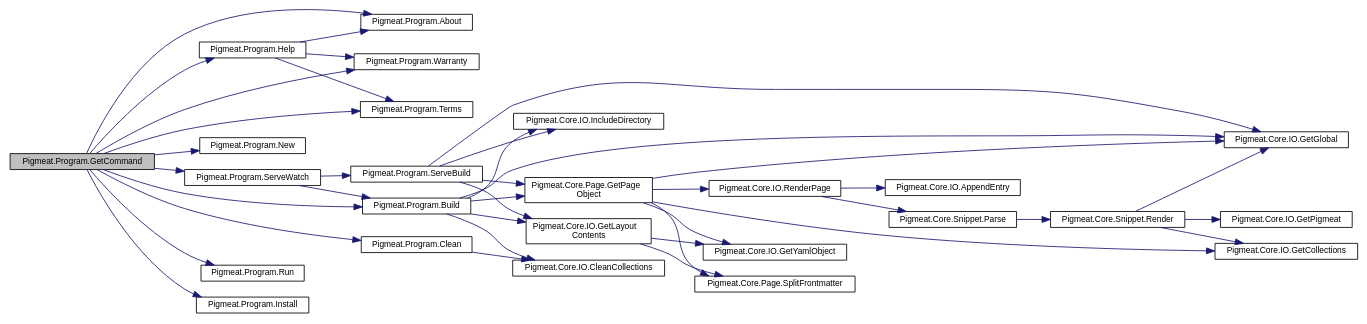
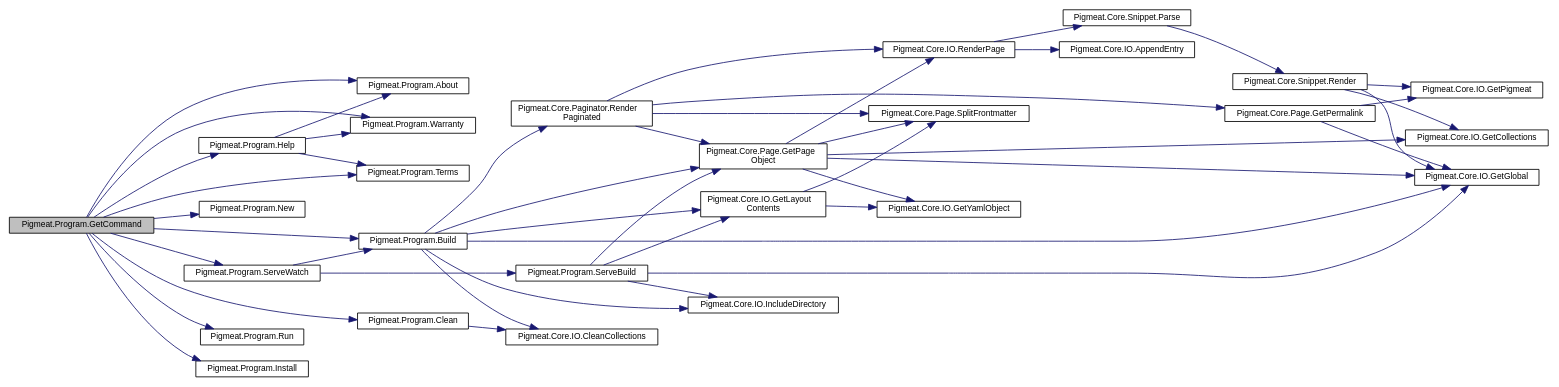
Before and after one commit to milovidov983/Pigmeat: the diagram in class_pigmeat_1_1_program_a813269f3c9466bddfa561c72eb56de4f_cgraph.dot, drawn with Graphviz. The commit also changed 144 other files, not shown here.

```diff
--- a/class_pigmeat_1_1_program_a813269f3c9466bddfa561c72eb56de4f_cgraph.dot
+++ b/class_pigmeat_1_1_program_a813269f3c9466bddfa561c72eb56de4f_cgraph.dot
@@ -3,67 +3,76 @@
   edge [fontname="Helvetica",fontsize="10",labelfontname="Helvetica",labelfontsize="10"];
   node [fontname="Helvetica",fontsize="10",shape=record];
   rankdir="LR";
-  Node28 [label="Pigmeat.Program.GetCommand",height=0.2,width=0.4,color="black", fillcolor="grey75", style="filled", fontcolor="black"];
-  Node28 -> Node29 [color="midnightblue",fontsize="10",style="solid",fontname="Helvetica"];
-  Node29 [label="Pigmeat.Program.Help",height=0.2,width=0.4,color="black", fillcolor="white", style="filled",URL="$class_pigmeat_1_1_program.html#a5ba96e069c0192950fa044954bca4647",tooltip="Show how to use the Pigmeat tool "];
-  Node29 -> Node30 [color="midnightblue",fontsize="10",style="solid",fontname="Helvetica"];
-  Node30 [label="Pigmeat.Program.About",height=0.2,width=0.4,color="black", fillcolor="white", style="filled",URL="$class_pigmeat_1_1_program.html#a9a8bd00e69ab494615e073f050ba2344",tooltip="Show authorship and license information regarding Pigmeat "];
-  Node29 -> Node31 [color="midnightblue",fontsize="10",style="solid",fontname="Helvetica"];
-  Node31 [label="Pigmeat.Program.Warranty",height=0.2,width=0.4,color="black", fillcolor="white", style="filled",URL="$class_pigmeat_1_1_program.html#a1dcbceceda4d4e696d8dbd07aa1bb036",tooltip="Output the warranty disclaimer per the GPL 3.0 license "];
-  Node29 -> Node32 [color="midnightblue",fontsize="10",style="solid",fontname="Helvetica"];
-  Node32 [label="Pigmeat.Program.Terms",height=0.2,width=0.4,color="black", fillcolor="white", style="filled",URL="$class_pigmeat_1_1_program.html#a8ef23dc63330befdb247d0ceac11f600",tooltip="Output the terms and conditions of the GPL 3.0 license "];
-  Node28 -> Node33 [color="midnightblue",fontsize="10",style="solid",fontname="Helvetica"];
-  Node33 [label="Pigmeat.Program.New",height=0.2,width=0.4,color="black", fillcolor="white", style="filled",URL="$class_pigmeat_1_1_program.html#a2b436b42fd7f2960d0c73c7fdf7fb444",tooltip="Create a barebones Pigmeat project "];
-  Node28 -> Node34 [color="midnightblue",fontsize="10",style="solid",fontname="Helvetica"];
-  Node34 [label="Pigmeat.Program.Build",height=0.2,width=0.4,color="black", fillcolor="white", style="filled",URL="$class_pigmeat_1_1_program.html#a878beaee804aea5645618e59b1a6d250",tooltip="The standard Pigmeat build process "];
-  Node34 -> Node35 [color="midnightblue",fontsize="10",style="solid",fontname="Helvetica"];
-  Node35 [label="Pigmeat.Core.IO.GetGlobal",height=0.2,width=0.4,color="black", fillcolor="white", style="filled",URL="$class_pigmeat_1_1_core_1_1_i_o.html#a8f84ec34a489ed4c83089b16308ddc7f",tooltip="Get file representing project&#39;s Global context "];
-  Node34 -> Node36 [color="midnightblue",fontsize="10",style="solid",fontname="Helvetica"];
-  Node36 [label="Pigmeat.Core.IO.GetLayout\lContents",height=0.2,width=0.4,color="black", fillcolor="white", style="filled",URL="$class_pigmeat_1_1_core_1_1_i_o.html#ae9cd73892daa23bdf19c9a229fe62b7b",tooltip="Get the contents of Layouts recursively "];
+  Node30 [label="Pigmeat.Program.GetCommand",height=0.2,width=0.4,color="black", fillcolor="grey75", style="filled", fontcolor="black"];
+  Node30 -> Node31 [color="midnightblue",fontsize="10",style="solid",fontname="Helvetica"];
+  Node31 [label="Pigmeat.Program.Help",height=0.2,width=0.4,color="black", fillcolor="white", style="filled",URL="$class_pigmeat_1_1_program.html#a5ba96e069c0192950fa044954bca4647",tooltip="Show how to use the Pigmeat tool "];
+  Node31 -> Node32 [color="midnightblue",fontsize="10",style="solid",fontname="Helvetica"];
+  Node32 [label="Pigmeat.Program.About",height=0.2,width=0.4,color="black", fillcolor="white", style="filled",URL="$class_pigmeat_1_1_program.html#a9a8bd00e69ab494615e073f050ba2344",tooltip="Show authorship and license information regarding Pigmeat "];
+  Node31 -> Node33 [color="midnightblue",fontsize="10",style="solid",fontname="Helvetica"];
+  Node33 [label="Pigmeat.Program.Warranty",height=0.2,width=0.4,color="black", fillcolor="white", style="filled",URL="$class_pigmeat_1_1_program.html#a1dcbceceda4d4e696d8dbd07aa1bb036",tooltip="Output the warranty disclaimer per the GPL 3.0 license "];
+  Node31 -> Node34 [color="midnightblue",fontsize="10",style="solid",fontname="Helvetica"];
+  Node34 [label="Pigmeat.Program.Terms",height=0.2,width=0.4,color="black", fillcolor="white", style="filled",URL="$class_pigmeat_1_1_program.html#a8ef23dc63330befdb247d0ceac11f600",tooltip="Output the terms and conditions of the GPL 3.0 license "];
+  Node30 -> Node35 [color="midnightblue",fontsize="10",style="solid",fontname="Helvetica"];
+  Node35 [label="Pigmeat.Program.New",height=0.2,width=0.4,color="black", fillcolor="white", style="filled",URL="$class_pigmeat_1_1_program.html#a2b436b42fd7f2960d0c73c7fdf7fb444",tooltip="Create a barebones Pigmeat project "];
+  Node30 -> Node36 [color="midnightblue",fontsize="10",style="solid",fontname="Helvetica"];
+  Node36 [label="Pigmeat.Program.Build",height=0.2,width=0.4,color="black", fillcolor="white", style="filled",URL="$class_pigmeat_1_1_program.html#a878beaee804aea5645618e59b1a6d250",tooltip="The standard Pigmeat build process "];
   Node36 -> Node37 [color="midnightblue",fontsize="10",style="solid",fontname="Helvetica"];
-  Node37 [label="Pigmeat.Core.Page.SplitFrontmatter",height=0.2,width=0.4,color="black", fillcolor="white", style="filled",URL="$class_pigmeat_1_1_core_1_1_page.html#adeeba3432008a2b7718ad52c2e0ae058",tooltip="Gets the YAML of the frontmatter for a given page "];
+  Node37 [label="Pigmeat.Core.IO.GetGlobal",height=0.2,width=0.4,color="black", fillcolor="white", style="filled",URL="$class_pigmeat_1_1_core_1_1_i_o.html#a8f84ec34a489ed4c83089b16308ddc7f",tooltip="Get file representing project&#39;s Global context "];
   Node36 -> Node38 [color="midnightblue",fontsize="10",style="solid",fontname="Helvetica"];
-  Node38 [label="Pigmeat.Core.IO.GetYamlObject",height=0.2,width=0.4,color="black", fillcolor="white", style="filled",URL="$class_pigmeat_1_1_core_1_1_i_o.html#a65785eb7263115da1c592b06597727f5",tooltip="Convert YAML data into JObject "];
-  Node34 -> Node39 [color="midnightblue",fontsize="10",style="solid",fontname="Helvetica"];
-  Node39 [label="Pigmeat.Core.Page.GetPage\lObject",height=0.2,width=0.4,color="black", fillcolor="white", style="filled",URL="$class_pigmeat_1_1_core_1_1_page.html#a3a2dee942bb7b2f763ce5d1caba4163d",tooltip="Parses a given page into a JObject "];
-  Node39 -> Node37 [color="midnightblue",fontsize="10",style="solid",fontname="Helvetica"];
-  Node39 -> Node38 [color="midnightblue",fontsize="10",style="solid",fontname="Helvetica"];
-  Node39 -> Node35 [color="midnightblue",fontsize="10",style="solid",fontname="Helvetica"];
-  Node39 -> Node40 [color="midnightblue",fontsize="10",style="solid",fontname="Helvetica"];
-  Node40 [label="Pigmeat.Core.IO.GetCollections",height=0.2,width=0.4,color="black", fillcolor="white", style="filled",URL="$class_pigmeat_1_1_core_1_1_i_o.html#a95f27be3fb9f5fd7e668f903c4e1cfb4",tooltip="Create a JObject to merge with the Global context containing each collection&#39;s collection.json data "];
-  Node39 -> Node41 [color="midnightblue",fontsize="10",style="solid",fontname="Helvetica"];
-  Node41 [label="Pigmeat.Core.IO.RenderPage",height=0.2,width=0.4,color="black", fillcolor="white", style="filled",URL="$class_pigmeat_1_1_core_1_1_i_o.html#a000f595801bec338426974328b938e6c",tooltip="Take layout, place Markdig-parsed content in layout, evaluate includes, render with Scriban ..."];
+  Node38 [label="Pigmeat.Core.IO.GetLayout\lContents",height=0.2,width=0.4,color="black", fillcolor="white", style="filled",URL="$class_pigmeat_1_1_core_1_1_i_o.html#ae9cd73892daa23bdf19c9a229fe62b7b",tooltip="Get the contents of Layouts recursively "];
+  Node38 -> Node39 [color="midnightblue",fontsize="10",style="solid",fontname="Helvetica"];
+  Node39 [label="Pigmeat.Core.Page.SplitFrontmatter",height=0.2,width=0.4,color="black", fillcolor="white", style="filled",URL="$class_pigmeat_1_1_core_1_1_page.html#adeeba3432008a2b7718ad52c2e0ae058",tooltip="Gets the YAML of the frontmatter for a given page "];
+  Node38 -> Node40 [color="midnightblue",fontsize="10",style="solid",fontname="Helvetica"];
+  Node40 [label="Pigmeat.Core.IO.GetYamlObject",height=0.2,width=0.4,color="black", fillcolor="white", style="filled",URL="$class_pigmeat_1_1_core_1_1_i_o.html#a65785eb7263115da1c592b06597727f5",tooltip="Convert YAML data into JObject "];
+  Node36 -> Node41 [color="midnightblue",fontsize="10",style="solid",fontname="Helvetica"];
+  Node41 [label="Pigmeat.Core.Page.GetPage\lObject",height=0.2,width=0.4,color="black", fillcolor="white", style="filled",URL="$class_pigmeat_1_1_core_1_1_page.html#a3a2dee942bb7b2f763ce5d1caba4163d",tooltip="Parses a given page into a JObject "];
+  Node41 -> Node39 [color="midnightblue",fontsize="10",style="solid",fontname="Helvetica"];
+  Node41 -> Node40 [color="midnightblue",fontsize="10",style="solid",fontname="Helvetica"];
+  Node41 -> Node37 [color="midnightblue",fontsize="10",style="solid",fontname="Helvetica"];
   Node41 -> Node42 [color="midnightblue",fontsize="10",style="solid",fontname="Helvetica"];
-  Node42 [label="Pigmeat.Core.Snippet.Parse",height=0.2,width=0.4,color="black", fillcolor="white", style="filled",URL="$class_pigmeat_1_1_core_1_1_snippet.html#a54ea5e1d3a8cd6308a1b1c9f01457146",tooltip="Parses through each {! snippet !} call in a page and evaluates them "];
-  Node42 -> Node43 [color="midnightblue",fontsize="10",style="solid",fontname="Helvetica"];
-  Node43 [label="Pigmeat.Core.Snippet.Render",height=0.2,width=0.4,color="black", fillcolor="white", style="filled",URL="$class_pigmeat_1_1_core_1_1_snippet.html#ac3dd182d3699b9997372e1baa768de2b",tooltip="Renders Snippets "];
-  Node43 -> Node35 [color="midnightblue",fontsize="10",style="solid",fontname="Helvetica"];
-  Node43 -> Node40 [color="midnightblue",fontsize="10",style="solid",fontname="Helvetica"];
+  Node42 [label="Pigmeat.Core.IO.GetCollections",height=0.2,width=0.4,color="black", fillcolor="white", style="filled",URL="$class_pigmeat_1_1_core_1_1_i_o.html#a95f27be3fb9f5fd7e668f903c4e1cfb4",tooltip="Create a JObject to merge with the Global context containing each collection&#39;s collection.json data "];
+  Node41 -> Node43 [color="midnightblue",fontsize="10",style="solid",fontname="Helvetica"];
+  Node43 [label="Pigmeat.Core.IO.RenderPage",height=0.2,width=0.4,color="black", fillcolor="white", style="filled",URL="$class_pigmeat_1_1_core_1_1_i_o.html#a60f49d31957620c308423cad19dbf5f6",tooltip="Take layout, place Markdig-parsed content in layout, evaluate includes, render with Scriban ..."];
   Node43 -> Node44 [color="midnightblue",fontsize="10",style="solid",fontname="Helvetica"];
-  Node44 [label="Pigmeat.Core.IO.GetPigmeat",height=0.2,width=0.4,color="black", fillcolor="white", style="filled",URL="$class_pigmeat_1_1_core_1_1_i_o.html#ab52a010415630b7063180fd58759eab3",tooltip="Get JObject representing project&#39;s Pigmeat context "];
-  Node41 -> Node45 [color="midnightblue",fontsize="10",style="solid",fontname="Helvetica"];
-  Node45 [label="Pigmeat.Core.IO.AppendEntry",height=0.2,width=0.4,color="black", fillcolor="white", style="filled",URL="$class_pigmeat_1_1_core_1_1_i_o.html#a513be40f796bdadd8f6eb31f2446716a",tooltip="Adds JObject representations of pages in a collection to the collection&#39;s entries field in its collec..."];
-  Node34 -> Node46 [color="midnightblue",fontsize="10",style="solid",fontname="Helvetica"];
-  Node46 [label="Pigmeat.Core.IO.IncludeDirectory",height=0.2,width=0.4,color="black", fillcolor="white", style="filled",URL="$class_pigmeat_1_1_core_1_1_i_o.html#ab8a3a50a1c1ae3b1183e298846b77abd",tooltip="Copy a directory recursively, for if in {{{ global.include }}} "];
-  Node34 -> Node47 [color="midnightblue",fontsize="10",style="solid",fontname="Helvetica"];
-  Node47 [label="Pigmeat.Core.IO.CleanCollections",height=0.2,width=0.4,color="black", fillcolor="white", style="filled",URL="$class_pigmeat_1_1_core_1_1_i_o.html#a0c35ca471821347e16cd0d36a4af6c2f",tooltip="Clean out the entries field in every collection.json file "];
-  Node28 -> Node48 [color="midnightblue",fontsize="10",style="solid",fontname="Helvetica"];
-  Node48 [label="Pigmeat.Program.ServeWatch",height=0.2,width=0.4,color="black", fillcolor="white", style="filled",URL="$class_pigmeat_1_1_program.html#a7fbef86d893429923099420b3748b826",tooltip="Watch the file system for changes (initial component of the serve command) "];
-  Node48 -> Node34 [color="midnightblue",fontsize="10",style="solid",fontname="Helvetica"];
+  Node44 [label="Pigmeat.Core.Snippet.Parse",height=0.2,width=0.4,color="black", fillcolor="white", style="filled",URL="$class_pigmeat_1_1_core_1_1_snippet.html#a54ea5e1d3a8cd6308a1b1c9f01457146",tooltip="Parses through each {! snippet !} call in a page and evaluates them "];
+  Node44 -> Node45 [color="midnightblue",fontsize="10",style="solid",fontname="Helvetica"];
+  Node45 [label="Pigmeat.Core.Snippet.Render",height=0.2,width=0.4,color="black", fillcolor="white", style="filled",URL="$class_pigmeat_1_1_core_1_1_snippet.html#ac3dd182d3699b9997372e1baa768de2b",tooltip="Renders Snippets "];
+  Node45 -> Node37 [color="midnightblue",fontsize="10",style="solid",fontname="Helvetica"];
+  Node45 -> Node42 [color="midnightblue",fontsize="10",style="solid",fontname="Helvetica"];
+  Node45 -> Node46 [color="midnightblue",fontsize="10",style="solid",fontname="Helvetica"];
+  Node46 [label="Pigmeat.Core.IO.GetPigmeat",height=0.2,width=0.4,color="black", fillcolor="white", style="filled",URL="$class_pigmeat_1_1_core_1_1_i_o.html#ab52a010415630b7063180fd58759eab3",tooltip="Get JObject representing project&#39;s Pigmeat context "];
+  Node43 -> Node47 [color="midnightblue",fontsize="10",style="solid",fontname="Helvetica"];
+  Node47 [label="Pigmeat.Core.IO.AppendEntry",height=0.2,width=0.4,color="black", fillcolor="white", style="filled",URL="$class_pigmeat_1_1_core_1_1_i_o.html#a513be40f796bdadd8f6eb31f2446716a",tooltip="Adds JObject representations of pages in a collection to the collection&#39;s entries field in its collec..."];
+  Node36 -> Node48 [color="midnightblue",fontsize="10",style="solid",fontname="Helvetica"];
+  Node48 [label="Pigmeat.Core.Paginator.Render\lPaginated",height=0.2,width=0.4,color="black", fillcolor="white", style="filled",URL="$class_pigmeat_1_1_core_1_1_paginator.html#a38c0bfdf8bfe439eb2a3e58a638c823a",tooltip="Outputs a paginated version of a page (requires {{ page.paginate }} and {{ page.collection }}) ..."];
+  Node48 -> Node41 [color="midnightblue",fontsize="10",style="solid",fontname="Helvetica"];
+  Node48 -> Node39 [color="midnightblue",fontsize="10",style="solid",fontname="Helvetica"];
   Node48 -> Node49 [color="midnightblue",fontsize="10",style="solid",fontname="Helvetica"];
-  Node49 [label="Pigmeat.Program.ServeBuild",height=0.2,width=0.4,color="black", fillcolor="white", style="filled",URL="$class_pigmeat_1_1_program.html#a196f0e133927e9c381295c4915ebdfb2",tooltip="Rebuild changed files (final component of the serve command) "];
-  Node49 -> Node35 [color="midnightblue",fontsize="10",style="solid",fontname="Helvetica"];
-  Node49 -> Node36 [color="midnightblue",fontsize="10",style="solid",fontname="Helvetica"];
-  Node49 -> Node39 [color="midnightblue",fontsize="10",style="solid",fontname="Helvetica"];
+  Node49 [label="Pigmeat.Core.Page.GetPermalink",height=0.2,width=0.4,color="black", fillcolor="white", style="filled",URL="$class_pigmeat_1_1_core_1_1_page.html#a22b69a07b899c8d9825fb388357ce3b7",tooltip="Parses the permalink using given metadata to generate an output path "];
+  Node49 -> Node37 [color="midnightblue",fontsize="10",style="solid",fontname="Helvetica"];
   Node49 -> Node46 [color="midnightblue",fontsize="10",style="solid",fontname="Helvetica"];
-  Node28 -> Node50 [color="midnightblue",fontsize="10",style="solid",fontname="Helvetica"];
-  Node50 [label="Pigmeat.Program.Run",height=0.2,width=0.4,color="black", fillcolor="white", style="filled",URL="$class_pigmeat_1_1_program.html#a5d464c8f6b120a3c279d587c61d18df4",tooltip="Run a plugin "];
-  Node28 -> Node51 [color="midnightblue",fontsize="10",style="solid",fontname="Helvetica"];
-  Node51 [label="Pigmeat.Program.Install",height=0.2,width=0.4,color="black", fillcolor="white", style="filled",URL="$class_pigmeat_1_1_program.html#a48e58e60d726bd462ea0d01e075fc3f1",tooltip="Install a Pigmeat theme "];
-  Node28 -> Node52 [color="midnightblue",fontsize="10",style="solid",fontname="Helvetica"];
-  Node52 [label="Pigmeat.Program.Clean",height=0.2,width=0.4,color="black", fillcolor="white", style="filled",URL="$class_pigmeat_1_1_program.html#aee7bf660974463ceba948a73238f6cbc",tooltip="Clean the Pigmeat output directory "];
-  Node52 -> Node47 [color="midnightblue",fontsize="10",style="solid",fontname="Helvetica"];
-  Node28 -> Node30 [color="midnightblue",fontsize="10",style="solid",fontname="Helvetica"];
-  Node28 -> Node31 [color="midnightblue",fontsize="10",style="solid",fontname="Helvetica"];
-  Node28 -> Node32 [color="midnightblue",fontsize="10",style="solid",fontname="Helvetica"];
+  Node48 -> Node43 [color="midnightblue",fontsize="10",style="solid",fontname="Helvetica"];
+  Node36 -> Node50 [color="midnightblue",fontsize="10",style="solid",fontname="Helvetica"];
+  Node50 [label="Pigmeat.Core.IO.IncludeDirectory",height=0.2,width=0.4,color="black", fillcolor="white", style="filled",URL="$class_pigmeat_1_1_core_1_1_i_o.html#ab8a3a50a1c1ae3b1183e298846b77abd",tooltip="Copy a directory recursively, for if in {{{ global.include }}} "];
+  Node36 -> Node51 [color="midnightblue",fontsize="10",style="solid",fontname="Helvetica"];
+  Node51 [label="Pigmeat.Core.IO.CleanCollections",height=0.2,width=0.4,color="black", fillcolor="white", style="filled",URL="$class_pigmeat_1_1_core_1_1_i_o.html#a0c35ca471821347e16cd0d36a4af6c2f",tooltip="Clean out the entries field in every collection.json file "];
+  Node30 -> Node52 [color="midnightblue",fontsize="10",style="solid",fontname="Helvetica"];
+  Node52 [label="Pigmeat.Program.ServeWatch",height=0.2,width=0.4,color="black", fillcolor="white", style="filled",URL="$class_pigmeat_1_1_program.html#a7fbef86d893429923099420b3748b826",tooltip="Watch the file system for changes (initial component of the serve command) "];
+  Node52 -> Node36 [color="midnightblue",fontsize="10",style="solid",fontname="Helvetica"];
+  Node52 -> Node53 [color="midnightblue",fontsize="10",style="solid",fontname="Helvetica"];
+  Node53 [label="Pigmeat.Program.ServeBuild",height=0.2,width=0.4,color="black", fillcolor="white", style="filled",URL="$class_pigmeat_1_1_program.html#a196f0e133927e9c381295c4915ebdfb2",tooltip="Rebuild changed files (final component of the serve command) "];
+  Node53 -> Node37 [color="midnightblue",fontsize="10",style="solid",fontname="Helvetica"];
+  Node53 -> Node38 [color="midnightblue",fontsize="10",style="solid",fontname="Helvetica"];
+  Node53 -> Node41 [color="midnightblue",fontsize="10",style="solid",fontname="Helvetica"];
+  Node53 -> Node50 [color="midnightblue",fontsize="10",style="solid",fontname="Helvetica"];
+  Node30 -> Node54 [color="midnightblue",fontsize="10",style="solid",fontname="Helvetica"];
+  Node54 [label="Pigmeat.Program.Run",height=0.2,width=0.4,color="black", fillcolor="white", style="filled",URL="$class_pigmeat_1_1_program.html#a5d464c8f6b120a3c279d587c61d18df4",tooltip="Run a plugin "];
+  Node30 -> Node55 [color="midnightblue",fontsize="10",style="solid",fontname="Helvetica"];
+  Node55 [label="Pigmeat.Program.Install",height=0.2,width=0.4,color="black", fillcolor="white", style="filled",URL="$class_pigmeat_1_1_program.html#a48e58e60d726bd462ea0d01e075fc3f1",tooltip="Install a Pigmeat theme "];
+  Node30 -> Node56 [color="midnightblue",fontsize="10",style="solid",fontname="Helvetica"];
+  Node56 [label="Pigmeat.Program.Clean",height=0.2,width=0.4,color="black", fillcolor="white", style="filled",URL="$class_pigmeat_1_1_program.html#aee7bf660974463ceba948a73238f6cbc",tooltip="Clean the Pigmeat output directory "];
+  Node56 -> Node51 [color="midnightblue",fontsize="10",style="solid",fontname="Helvetica"];
+  Node30 -> Node32 [color="midnightblue",fontsize="10",style="solid",fontname="Helvetica"];
+  Node30 -> Node33 [color="midnightblue",fontsize="10",style="solid",fontname="Helvetica"];
+  Node30 -> Node34 [color="midnightblue",fontsize="10",style="solid",fontname="Helvetica"];
 }
```
